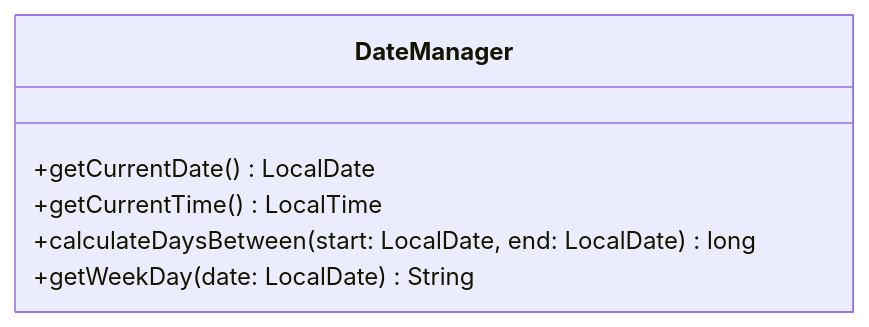
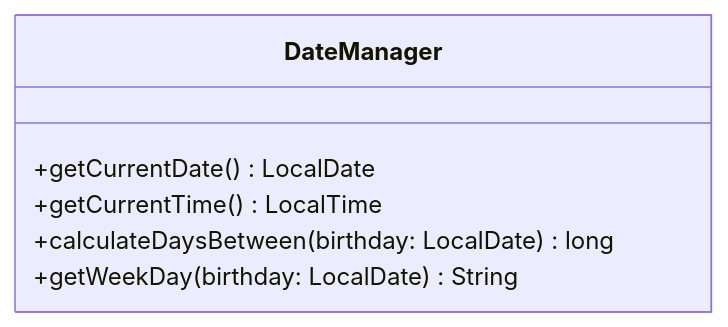
The first of 5 diagrams in scr/exercises/Programmieren1/SampleExam/ReadMe.md (wielandjan/java_helloWorld_1), drawn with Mermaid before and after one commit. The commit also changed other lines of this file and 1 other file, not shown here.

Commit message:
modified:   scr/exercises/Programmieren1/SampleExam/DateManager.java 	modified:   scr/exercises/Programmieren1/SampleExam/ReadMe.md

````diff
--- a/scr/exercises/Programmieren1/SampleExam/ReadMe.md
+++ b/scr/exercises/Programmieren1/SampleExam/ReadMe.md
@@ -28,9 +29,9 @@
 ```mermaid
 classDiagram
     class DateManager {
         +getCurrentDate() LocalDate
         +getCurrentTime() LocalTime
-        +calculateDaysBetween(start: LocalDate, end: LocalDate) long
-        +getWeekDay(date: LocalDate) String
+        +calculateDaysBetween(birthday: LocalDate) long
+        +getWeekDay(birthday: LocalDate) String
     }
 ```
````
